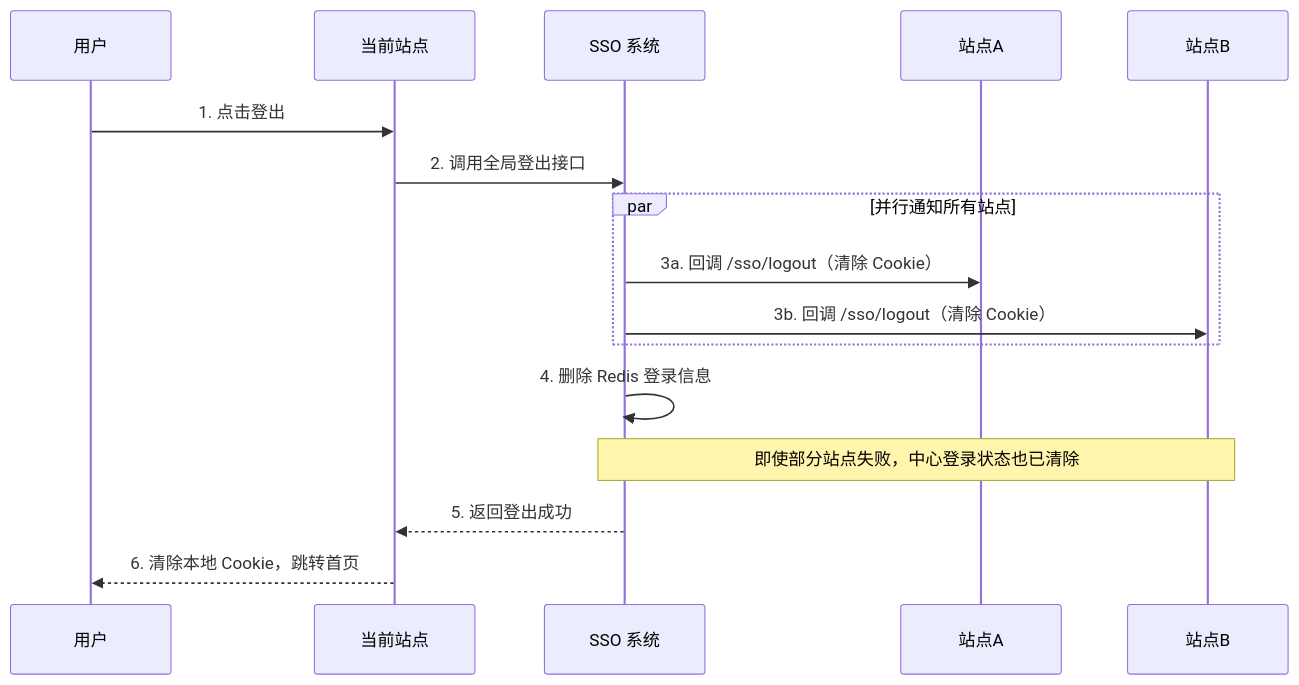
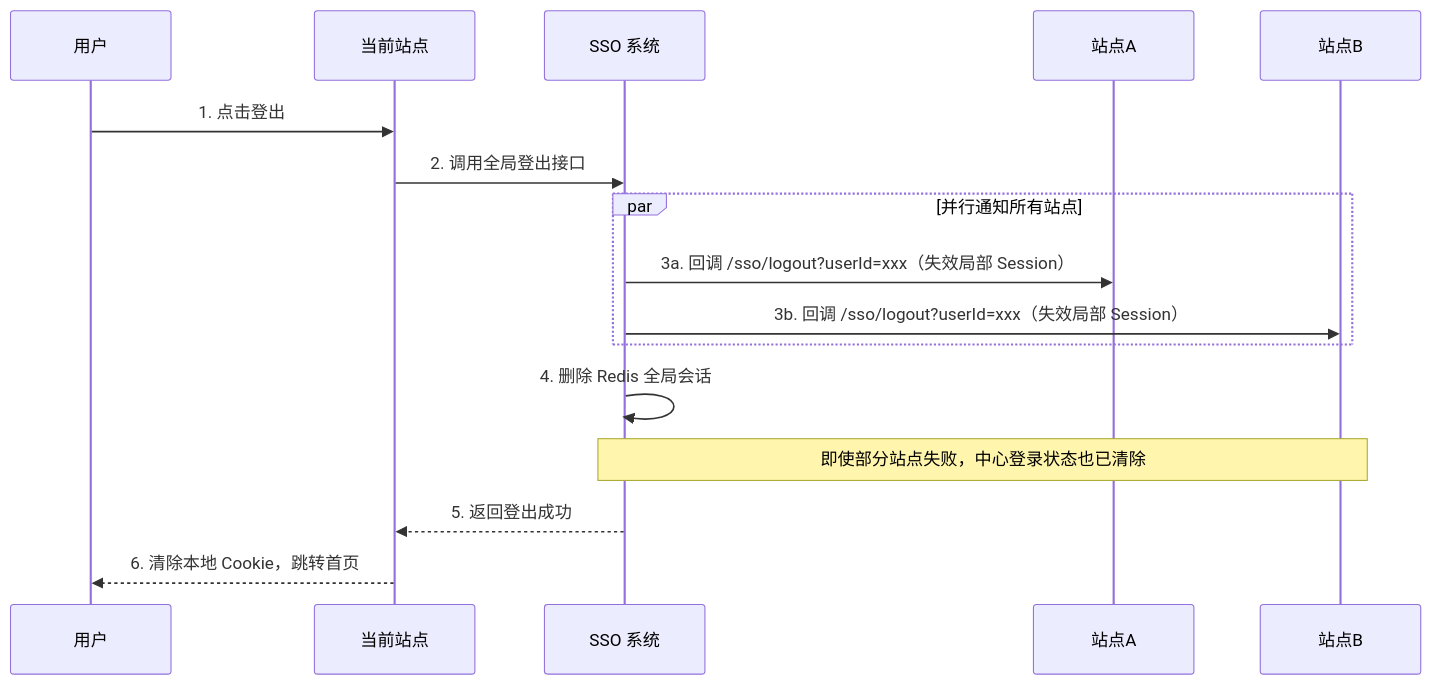
One commit to Nobody-Cares-TXSL/obsidian changed the sixth of 6 diagrams in 03 八股/系统设计/SSO单点登录.md. Above: the diagram before and after it, drawn with Mermaid. The commit also changed other lines of this file and 2 other files, not shown here.

First line of the commit message:
docs(系统设计): 修正 SSO、JWT、RESTful API 文档的安全概念误区

````diff
--- a/03 八股/系统设计/SSO单点登录.md
+++ b/03 八股/系统设计/SSO单点登录.md
@@ -156,19 +212,19 @@
 ```mermaid
 sequenceDiagram
     participant User as 用户
     participant Site as 当前站点
     participant SSO as SSO 系统
     participant SiteA as 站点A
     participant SiteB as 站点B
 
     User->>Site: 1. 点击登出
     Site->>SSO: 2. 调用全局登出接口
     par 并行通知所有站点
-        SSO->>SiteA: 3a. 回调 /sso/logout（清除 Cookie）
-        SSO->>SiteB: 3b. 回调 /sso/logout（清除 Cookie）
+        SSO->>SiteA: 3a. 回调 /sso/logout?userId=xxx（失效局部 Session）
+        SSO->>SiteB: 3b. 回调 /sso/logout?userId=xxx（失效局部 Session）
     end
-    SSO->>SSO: 4. 删除 Redis 登录信息
+    SSO->>SSO: 4. 删除 Redis 全局会话
     Note over SSO,SiteB: 即使部分站点失败，中心登录状态也已清除
     SSO-->>Site: 5. 返回登出成功
     Site-->>User: 6. 清除本地 Cookie，跳转首页
 ```
````
